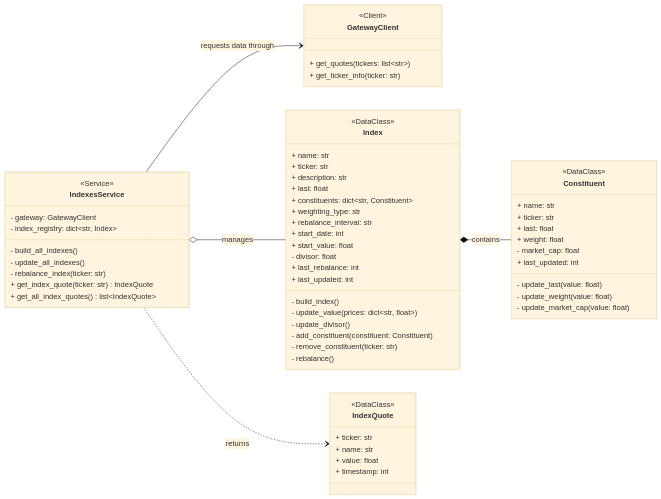
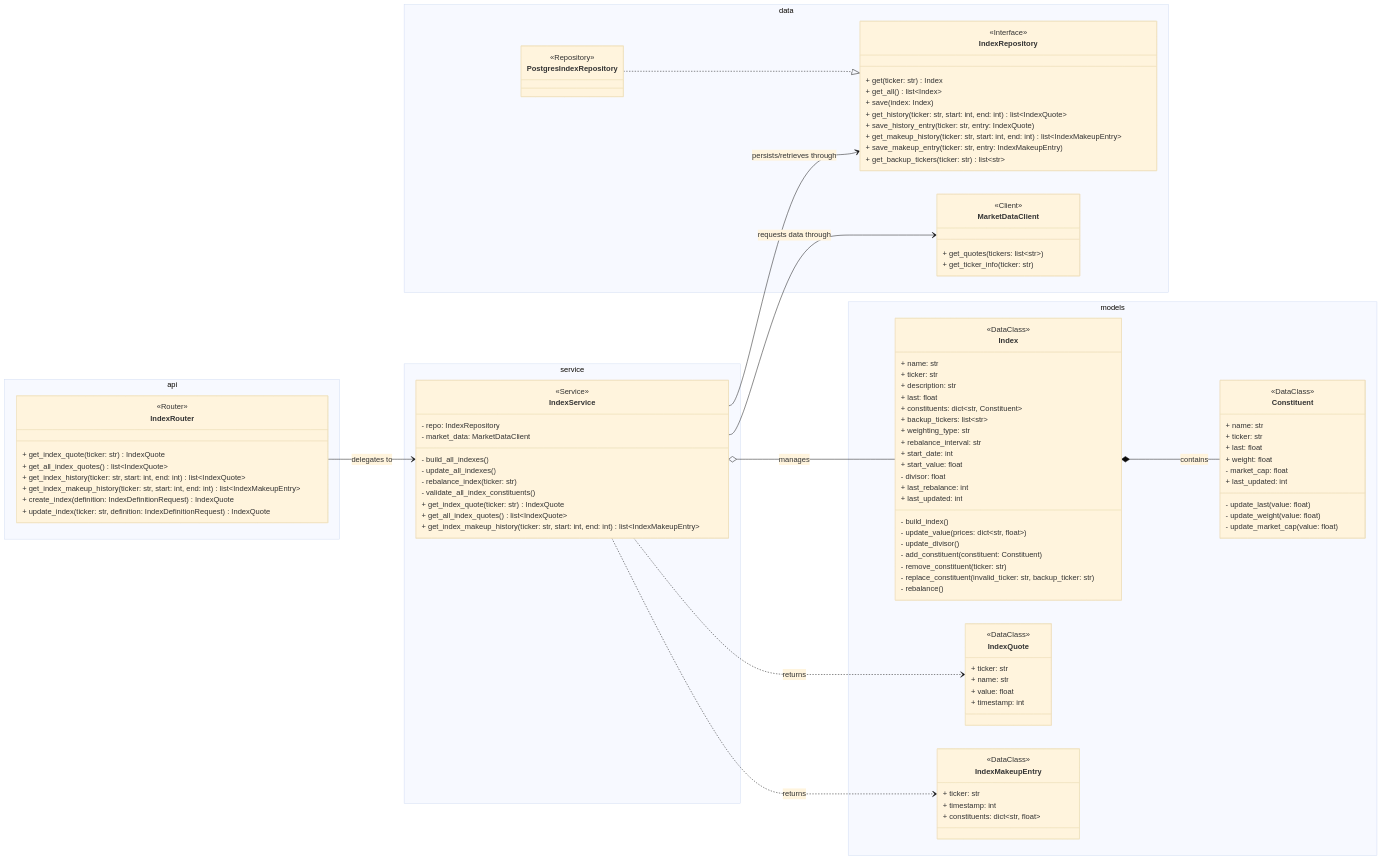
Before and after one commit to DylanLiesenfelt/StonksAPI: the first of 4 diagrams in docs/design/INDEXES_DESIGN.md, drawn with Mermaid (base theme). The commit also changed other lines of this file, not shown here.

````diff
--- a/docs/design/INDEXES_DESIGN.md
+++ b/docs/design/INDEXES_DESIGN.md
@@ -1,79 +17,128 @@
 ```mermaid
 classDiagram
     direction LR
-    
-    class IndexesService {
-        <<Service>>
 
-        - gateway: GatewayClient
-        - index_registry: dict~str, Index~
-
-        - build_all_indexes()
-        - update_all_indexes()
-        - rebalance_index(ticker: str)
-
-        + get_index_quote(ticker: str) IndexQuote
-        + get_all_index_quotes() list~IndexQuote~
+    namespace api {
+        class IndexRouter {
+            <<Router>>
+            + get_index_quote(ticker: str) IndexQuote
+            + get_all_index_quotes() list~IndexQuote~
+            + get_index_history(ticker: str, start: int, end: int) list~IndexQuote~
+            + get_index_makeup_history(ticker: str, start: int, end: int) list~IndexMakeupEntry~
+            + create_index(definition: IndexDefinitionRequest) IndexQuote
+            + update_index(ticker: str, definition: IndexDefinitionRequest) IndexQuote
+        }
     }
 
-    class GatewayClient {
-        <<Client>>
+    namespace service {
+        class IndexService {
+            <<Service>>
 
-        + get_quotes(tickers: list~str~)
-        + get_ticker_info(ticker: str)
+            - repo: IndexRepository
+            - market_data: MarketDataClient
+
+            - build_all_indexes()
+            - update_all_indexes()
+            - rebalance_index(ticker: str)
+            - validate_all_index_constituents()
+
+            + get_index_quote(ticker: str) IndexQuote
+            + get_all_index_quotes() list~IndexQuote~
+            + get_index_makeup_history(ticker: str, start: int, end: int) list~IndexMakeupEntry~
+        }
     }
 
-    class Index {
-        <<DataClass>>
+    namespace data {
+        class IndexRepository {
+            <<Interface>>
+            + get(ticker: str) Index
+            + get_all() list~Index~
+            + save(index: Index)
+            + get_history(ticker: str, start: int, end: int) list~IndexQuote~
+            + save_history_entry(ticker: str, entry: IndexQuote)
+            + get_makeup_history(ticker: str, start: int, end: int) list~IndexMakeupEntry~
+            + save_makeup_entry(ticker: str, entry: IndexMakeupEntry)
+            + get_backup_tickers(ticker: str) list~str~
+        }
 
-        + name: str
-        + ticker: str
-        + description: str
-        + last: float
-        + constituents: dict~str, Constituent~
-        + weighting_type: str
-        + rebalance_interval: str
-        + start_date: int
-        + start_value: float
-        - divisor: float
-        + last_rebalance: int
-        + last_updated: int
+        class PostgresIndexRepository {
+            <<Repository>>
+        }
 
-        - build_index()
-        - update_value(prices: dict~str, float~)
-        - update_divisor()
-        - add_constituent(constituent: Constituent)
-        - remove_constituent(ticker: str)
-        - rebalance()
+        class MarketDataClient {
+            <<Client>>
+
+            + get_quotes(tickers: list~str~)
+            + get_ticker_info(ticker: str)
+        }
     }
 
-    class Constituent {
-        <<DataClass>>
+    namespace models {
+        class Index {
+            <<DataClass>>
 
-        + name: str
-        + ticker: str
-        + last: float
-        + weight: float
-        - market_cap: float
-        + last_updated: int
+            + name: str
+            + ticker: str
+            + description: str
+            + last: float
+            + constituents: dict~str, Constituent~
+            + backup_tickers: list~str~
+            + weighting_type: str
+            + rebalance_interval: str
+            + start_date: int
+            + start_value: float
+            - divisor: float
+            + last_rebalance: int
+            + last_updated: int
 
-        - update_last(value: float)
-        - update_weight(value: float)
-        - update_market_cap(value: float)
+            - build_index()
+            - update_value(prices: dict~str, float~)
+            - update_divisor()
+            - add_constituent(constituent: Constituent)
+            - remove_constituent(ticker: str)
+            - replace_constituent(invalid_ticker: str, backup_ticker: str)
+            - rebalance()
+        }
+
+        class Constituent {
+            <<DataClass>>
+
+            + name: str
+            + ticker: str
+            + last: float
+            + weight: float
+            - market_cap: float
+            + last_updated: int
+
+            - update_last(value: float)
+            - update_weight(value: float)
+            - update_market_cap(value: float)
+        }
+
+        class IndexQuote {
+            <<DataClass>>
+
+            + ticker: str
+            + name: str
+            + value: float
+            + timestamp: int
+        }
+
+        class IndexMakeupEntry {
+            <<DataClass>>
+
+            + ticker: str
+            + timestamp: int
+            + constituents: dict~str, float~
+        }
     }
 
-    class IndexQuote {
-        <<DataClass>>
-
-        + ticker: str
-        + name: str
-        + value: float
-        + timestamp: int
-    }
-
-    IndexesService --> GatewayClient : requests data through
-    IndexesService o-- Index : manages
+    IndexRouter --> IndexService : delegates to
+    IndexService --> IndexRepository : persists/retrieves through
+    IndexService --> MarketDataClient : requests data through
+    IndexService o-- Index : manages
     Index *-- Constituent : contains
-    IndexesService ..> IndexQuote : returns
-    
+    PostgresIndexRepository ..|> IndexRepository
+    IndexService ..> IndexQuote : returns
+    IndexService ..> IndexMakeupEntry : returns
 ```
````
